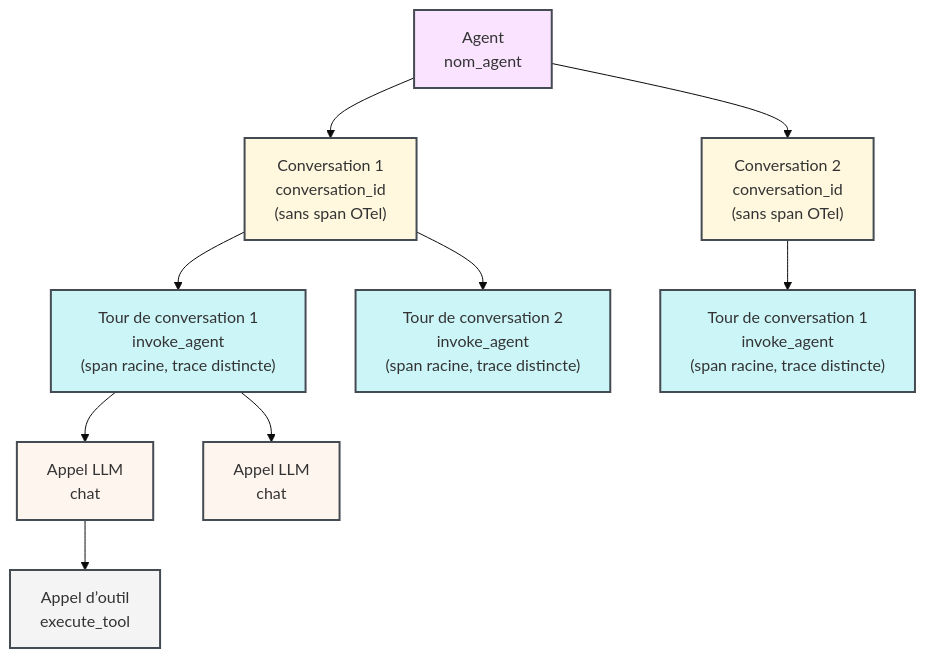
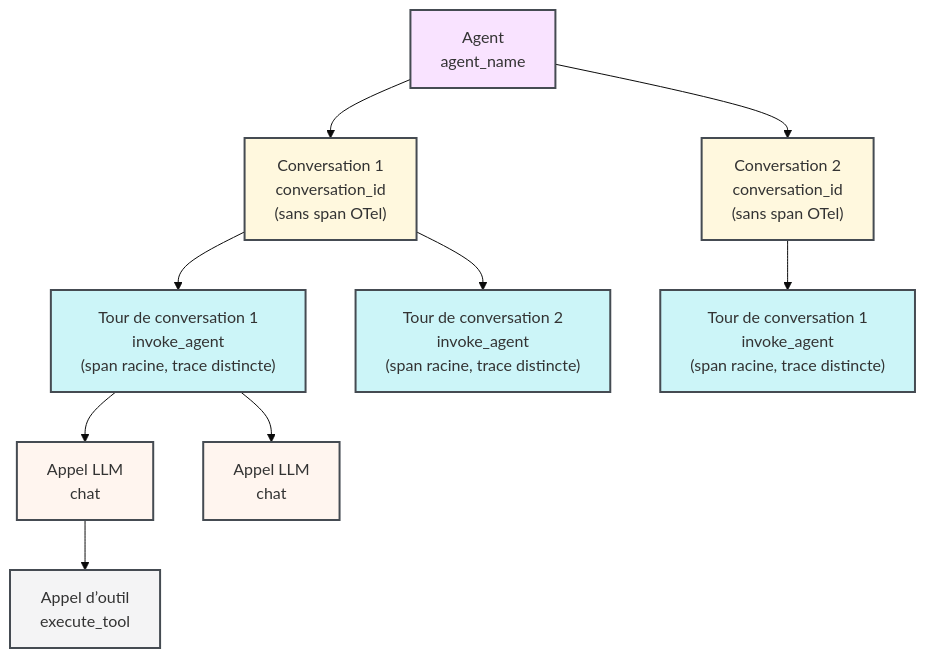
Before and after one commit to wandb/docs: the diagram in fr/weave/guides/tracking/trace-agents.mdx, drawn with Mermaid (base theme). The commit also changed other lines of this file and 301 other files, not shown here.

````diff
--- a/fr/weave/guides/tracking/trace-agents.mdx
+++ b/fr/weave/guides/tracking/trace-agents.mdx
@@ -73,34 +73,34 @@
 ```mermaid
 flowchart TB
-    Agent["Agent<br/>nom_agent"]
+    Agent["Agent<br/>agent_name"]
 
     Agent --> S1 & S2
 
     S1["Conversation 1<br/>conversation_id<br/>(sans span OTel)"]
     S2["Conversation 2<br/>conversation_id<br/>(sans span OTel)"]
 
     S1 --> T1 & T2
     S2 --> T3
 
     T1["Tour de conversation 1<br/>invoke_agent<br/>(span racine, trace distincte)"]
     T2["Tour de conversation 2<br/>invoke_agent<br/>(span racine, trace distincte)"]
     T3["Tour de conversation 1<br/>invoke_agent<br/>(span racine, trace distincte)"]
 
     T1 --> L1 & L2
     L1["Appel LLM<br/>chat"]
     L2["Appel LLM<br/>chat"]
 
     L1 --> Tool1["Appel d’outil<br/>execute_tool"]
 
     classDef agent fill:#DE72FF33,stroke:#454B52,stroke-width:2px
     classDef conversation fill:#FFD95C33,stroke:#454B52,stroke-width:2px
     classDef turn fill:#00CDDB33,stroke:#454B52,stroke-width:2px
     classDef llm fill:#FFCBAD33,stroke:#454B52,stroke-width:2px
     classDef tool fill:#f4f4f5,stroke:#454B52,stroke-width:2px
 
     class Agent agent
     class S1,S2 conversation
     class T1,T2,T3 turn
     class L1,L2 llm
     class Tool1 tool
 ```
````
